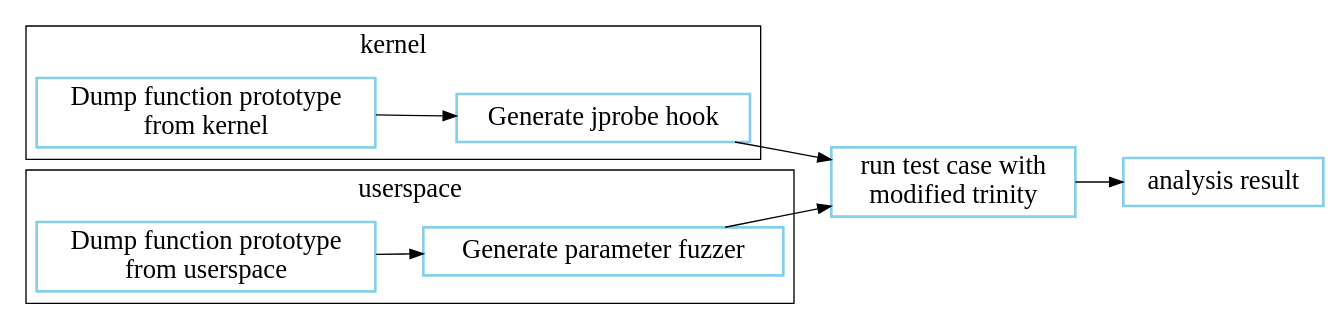
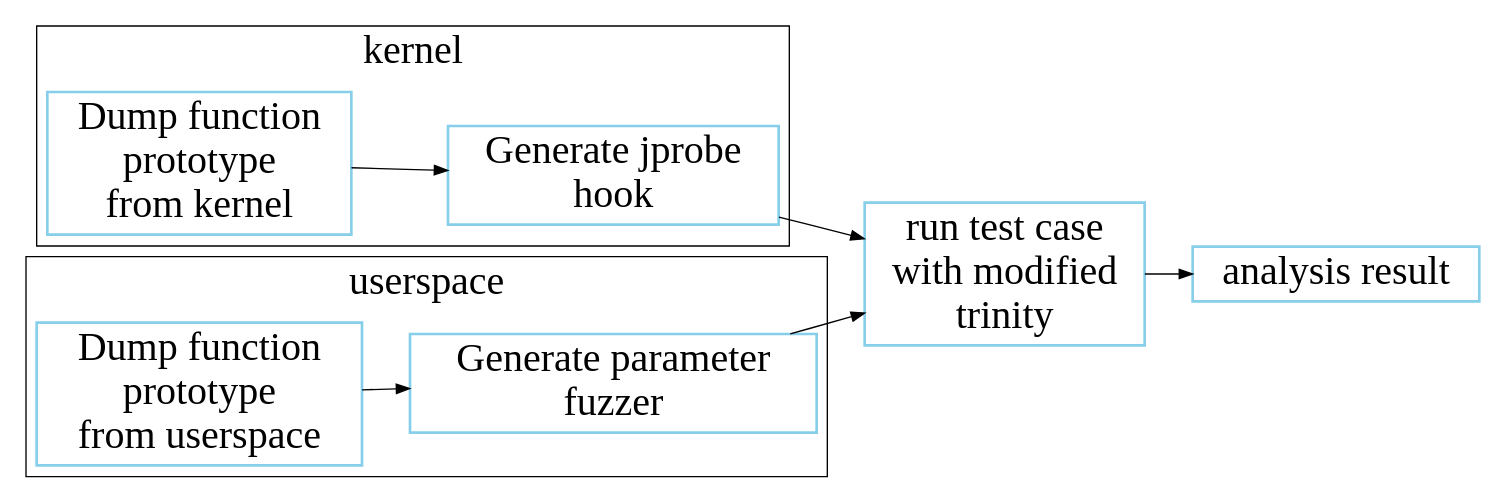
The diagram in public/images/syscall_unit_test/syscall_unit_test_diagram.dot (bjzhang/bjzhang.github.io), drawn with Graphviz before and after one commit. The commit also changed 10 other files, not shown here.

```diff
--- a/public/images/syscall_unit_test/syscall_unit_test_diagram.dot
+++ b/public/images/syscall_unit_test/syscall_unit_test_diagram.dot
@@ -1,32 +1,32 @@
 //dot -Tjpeg a.dot -o a.jpeg
 
 digraph syscall_unit_test{
     rankdir = LR;
 //    rankdir = TB;
     fontname = "Microsoft YaHei";
-    fontsize = 20;
+    fontsize = 30;
 
-    node [ fontname = "Microsoft YaHei", fontsize = 20, shape = "record", color="skyblue", style="bold"];
-    edge [ fontname = "Microsoft YaHei", fontsize = 20 ];
+    node [ fontname = "Microsoft YaHei", fontsize = 30, shape = "record", color="skyblue", style="bold"];
+    edge [ fontname = "Microsoft YaHei", fontsize = 30 ];
 
     subgraph cluster__kernel {
         label = "kernel";
-        dump_function_prototype_from_kernel [ label = "Dump function prototype\n from kernel"];
-        generate_jprobe_hook [ label = "Generate jprobe hook" ];
+        dump_function_prototype_from_kernel [ label = "Dump function\n prototype\n from kernel"];
+        generate_jprobe_hook [ label = "Generate jprobe\n hook" ];
 
     }
 
     subgraph cluster__userspace {
         label = "userspace";
-        dump_function_prototype_from_userspace [ label = "Dump function prototype\n from userspace"];
-        generate_parameter_fuzzer [ label = "Generate parameter fuzzer"];
+        dump_function_prototype_from_userspace [ label = "Dump function\n prototype\n from userspace"];
+        generate_parameter_fuzzer [ label = "Generate parameter\n fuzzer"];
     }
 
-    run_test_case_with_modified_trinity [ label = "run test case with\n modified trinity"];
+    run_test_case_with_modified_trinity [ label = "run test case\nwith modified\n trinity"];
     analysis_result [ label = "analysis result" ];
 
     dump_function_prototype_from_kernel -> generate_jprobe_hook -> run_test_case_with_modified_trinity;
     dump_function_prototype_from_userspace -> generate_parameter_fuzzer -> run_test_case_with_modified_trinity;
 
     run_test_case_with_modified_trinity -> analysis_result;
 }
```
